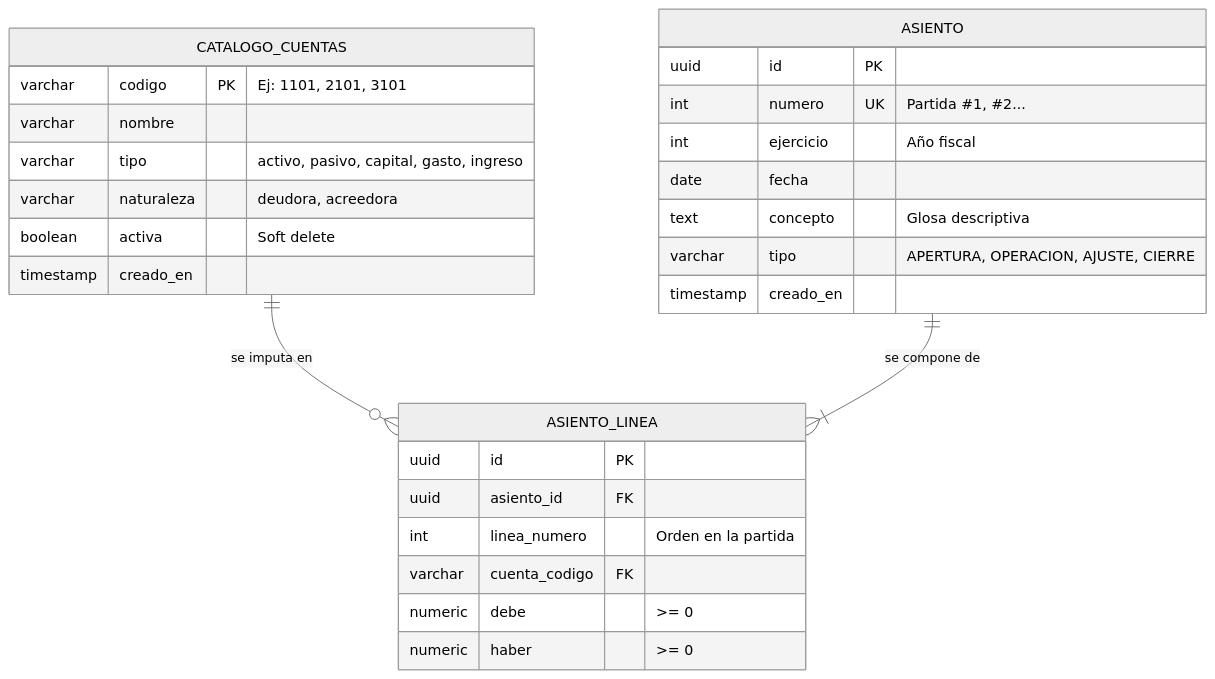
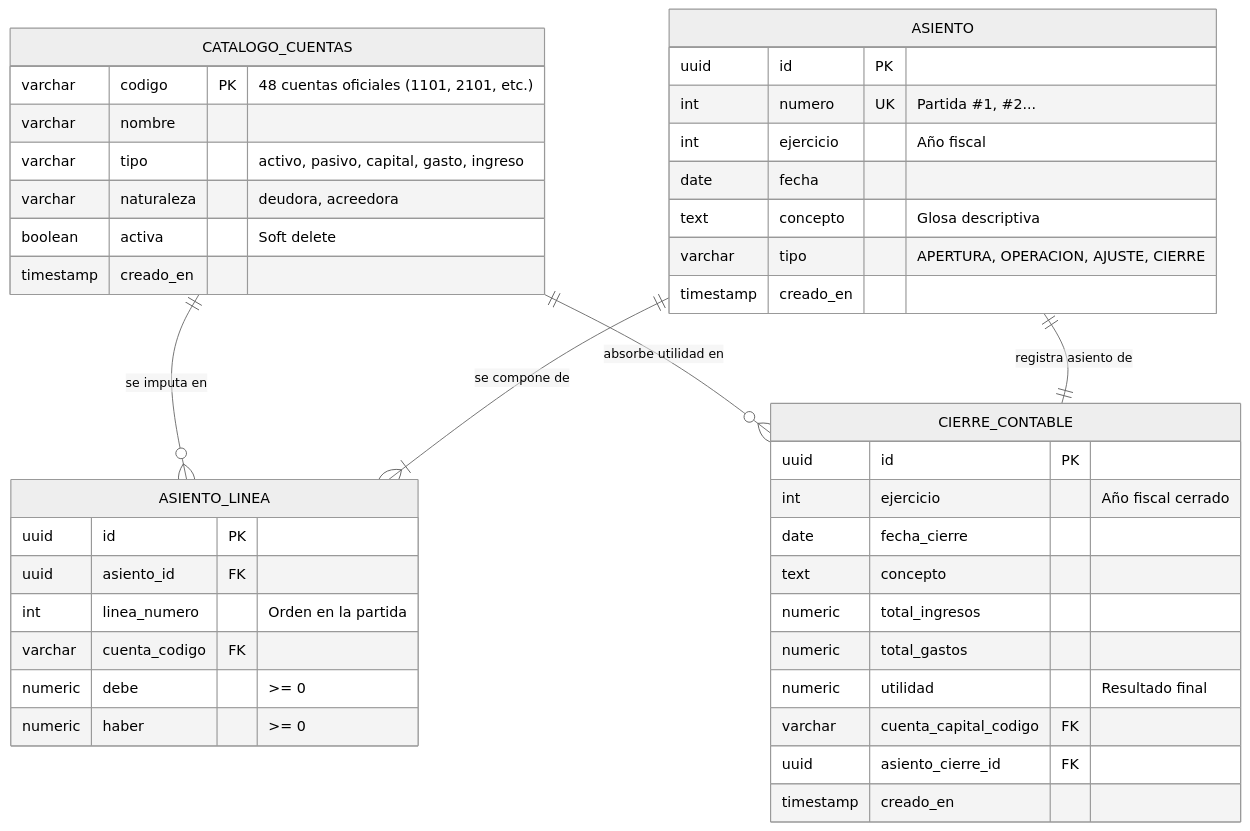
Before and after one commit to FOFOCode/aplicacion-contable: the diagram in SCRIPT_BD.md, drawn with Mermaid (neutral theme). The commit also changed other lines of this file and 10 other files, not shown here.

Commit message:
feat: sincronizar bd completa con historial de cierres y 48 cuentas de catalogo

````diff
--- a/SCRIPT_BD.md
+++ b/SCRIPT_BD.md
@@ -29,33 +29,48 @@
 ```mermaid
 erDiagram
     CATALOGO_CUENTAS ||--o{ ASIENTO_LINEA : "se imputa en"
     ASIENTO ||--|{ ASIENTO_LINEA : "se compone de"
+    CATALOGO_CUENTAS ||--o{ CIERRE_CONTABLE : "absorbe utilidad en"
+    ASIENTO ||--|| CIERRE_CONTABLE : "registra asiento de"
 
     CATALOGO_CUENTAS {
-        varchar codigo PK "Ej: 1101, 2101, 3101"
+        varchar codigo PK "48 cuentas oficiales (1101, 2101, etc.)"
         varchar nombre
         varchar tipo "activo, pasivo, capital, gasto, ingreso"
         varchar naturaleza "deudora, acreedora"
         boolean activa "Soft delete"
         timestamp creado_en
     }
 
     ASIENTO {
         uuid id PK
         int numero UK "Partida #1, #2..."
         int ejercicio "Año fiscal"
         date fecha
         text concepto "Glosa descriptiva"
         varchar tipo "APERTURA, OPERACION, AJUSTE, CIERRE"
         timestamp creado_en
     }
 
     ASIENTO_LINEA {
         uuid id PK
         uuid asiento_id FK
         int linea_numero "Orden en la partida"
         varchar cuenta_codigo FK
         numeric debe ">= 0"
         numeric haber ">= 0"
     }
+
+    CIERRE_CONTABLE {
+        uuid id PK
+        int ejercicio "Año fiscal cerrado"
+        date fecha_cierre
+        text concepto
+        numeric total_ingresos
+        numeric total_gastos
+        numeric utilidad "Resultado final"
+        varchar cuenta_capital_codigo FK
+        uuid asiento_cierre_id FK
+        timestamp creado_en
+    }
 ```
````
